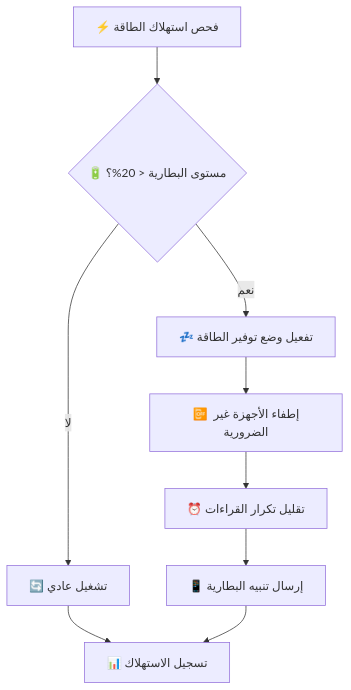
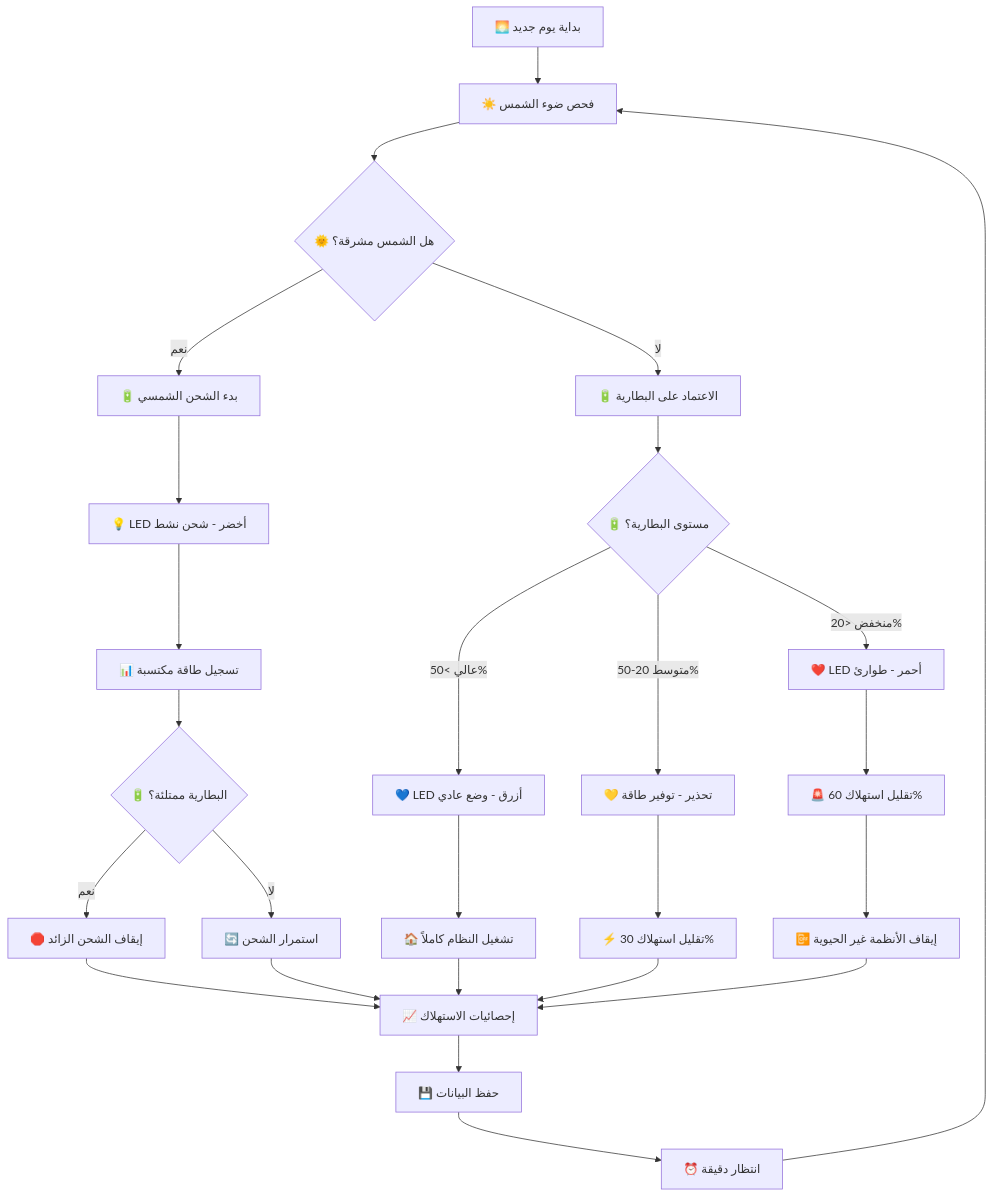
The seventh of 8 diagrams in 08-code-flowchart.md (AOTBGEEK/eng), drawn with Mermaid before and after one commit. The commit also changed other lines of this file and 6 other files, not shown here.

````diff
--- a/08-code-flowchart.md
+++ b/08-code-flowchart.md
@@ -378,11 +597,35 @@
 ```mermaid
 flowchart TD
-    A[⚡ فحص استهلاك الطاقة] --> B{🔋 مستوى البطارية < 20%؟}
-    B -->|نعم| C[💤 تفعيل وضع توفير الطاقة]
-    B -->|لا| D[🔄 تشغيل عادي]
-    C --> E[📴 إطفاء الأجهزة غير الضرورية]
-    E --> F[⏰ تقليل تكرار القراءات]
-    F --> G[📱 إرسال تنبيه البطارية]
-    D --> H[📊 تسجيل الاستهلاك]
-    G --> H
+    A[🌅 بداية يوم جديد] --> B[☀️ فحص ضوء الشمس]
+    B --> C{🌞 هل الشمس مشرقة؟}
+    C -->|نعم| D[🔋 بدء الشحن الشمسي]
+    C -->|لا| E[🔋 الاعتماد على البطارية]
+    
+    D --> F[💡 LED أخضر - شحن نشط]
+    E --> G{🔋 مستوى البطارية؟}
+    
+    G -->|عالي >50%| H[💙 LED أزرق - وضع عادي]
+    G -->|متوسط 20-50%| I[💛 تحذير - توفير طاقة]
+    G -->|منخفض <20%| J[❤️ LED أحمر - طوارئ]
+    
+    F --> K[📊 تسجيل طاقة مكتسبة]
+    H --> L[🏠 تشغيل النظام كاملاً]
+    I --> M[⚡ تقليل استهلاك 30%]
+    J --> N[🚨 تقليل استهلاك 60%]
+    
+    K --> O{🔋 البطارية ممتلئة؟}
+    O -->|نعم| P[🛑 إيقاف الشحن الزائد]
+    O -->|لا| Q[🔄 استمرار الشحن]
+    
+    L --> R[📈 إحصائيات الاستهلاك]
+    M --> R
+    N --> S[📴 إيقاف الأنظمة غير الحيوية]
+    
+    P --> R
+    Q --> R
+    S --> R
+    
+    R --> T[💾 حفظ البيانات]
+    T --> U[⏰ انتظار دقيقة]
+    U --> B
 ```
````
